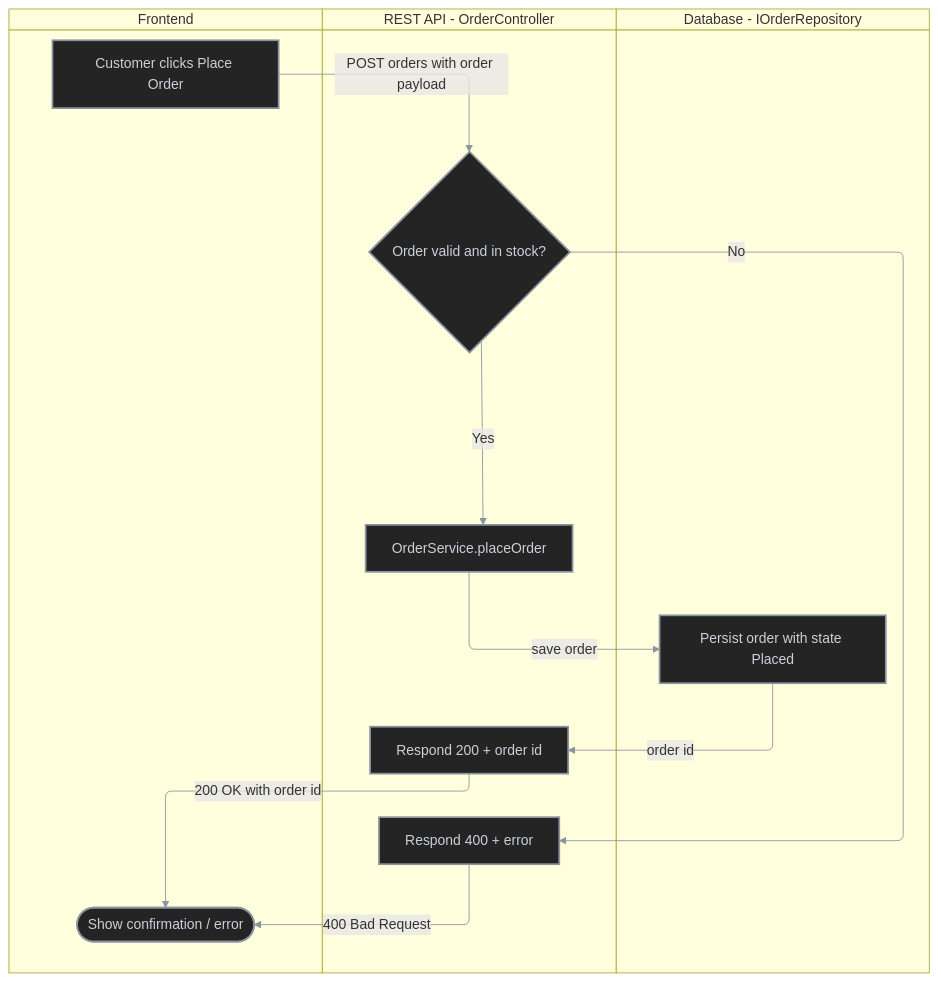
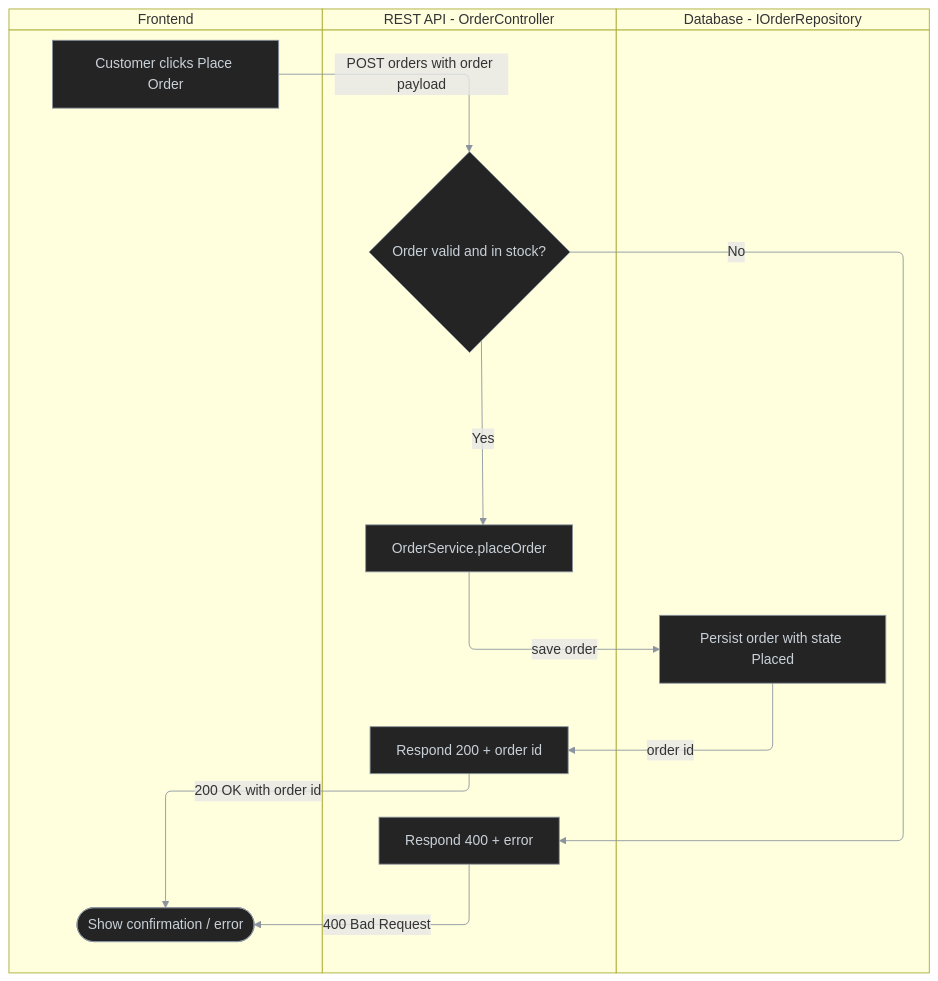
Before and after one commit to antshc/mermaid: the sixth of 6 diagrams in README.md, drawn with Mermaid. The commit also changed other lines of this file, not shown here.

````diff
--- a/README.md
+++ b/README.md
@@ -315,34 +315,34 @@
 ```mermaid
 %%{init: {'themeVariables': {'lineColor': '#8b949e'}}}%%
 swimlane-beta TB
   subgraph frontend [Frontend]
     submit[Customer clicks Place Order]
     showResult([Show confirmation / error])
   end
 
   subgraph restApi [REST API - OrderController]
     validate{Order valid and in stock?}
     placeOrder[OrderService.placeOrder]
     respond200[Respond 200 + order id]
     respond400[Respond 400 + error]
   end
 
   subgraph database [Database - IOrderRepository]
     persistOrder[Persist order with state Placed]
   end
 
   submit -->|POST orders with order payload| validate
   validate -->|No| respond400
   validate -->|Yes| placeOrder
   placeOrder -->|save order| persistOrder
   persistOrder -->|order id| respond200
   respond200 -->|200 OK with order id| showResult
   respond400 -->|400 Bad Request| showResult
 
-  classDef default fill:#242424,stroke:#8b949e,color:#c9d1d9,stroke-width:2px
+  classDef default fill:#242424,stroke:#8b949e,color:#c9d1d9,stroke-width:1px
   class submit,placeOrder,persistOrder process
   class showResult event
   class validate decision
   class respond200 process
   class respond400 errorPath
 ```
````
